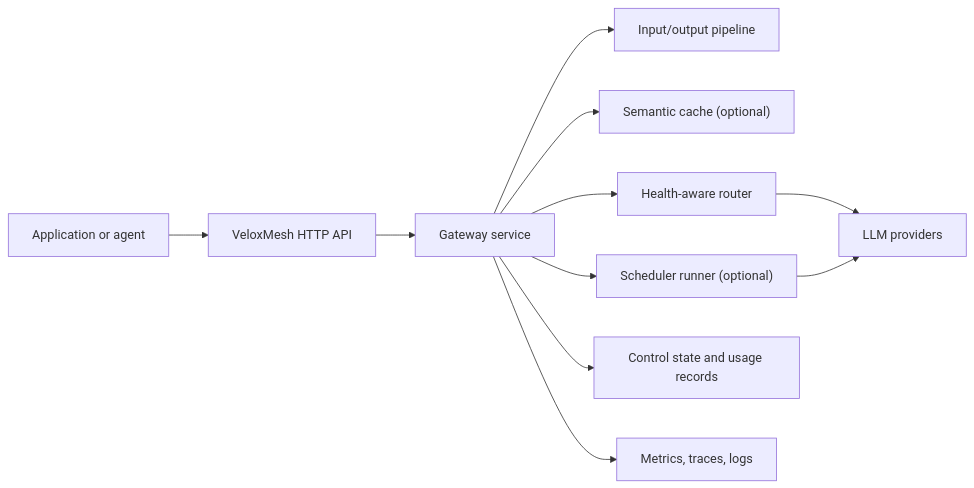
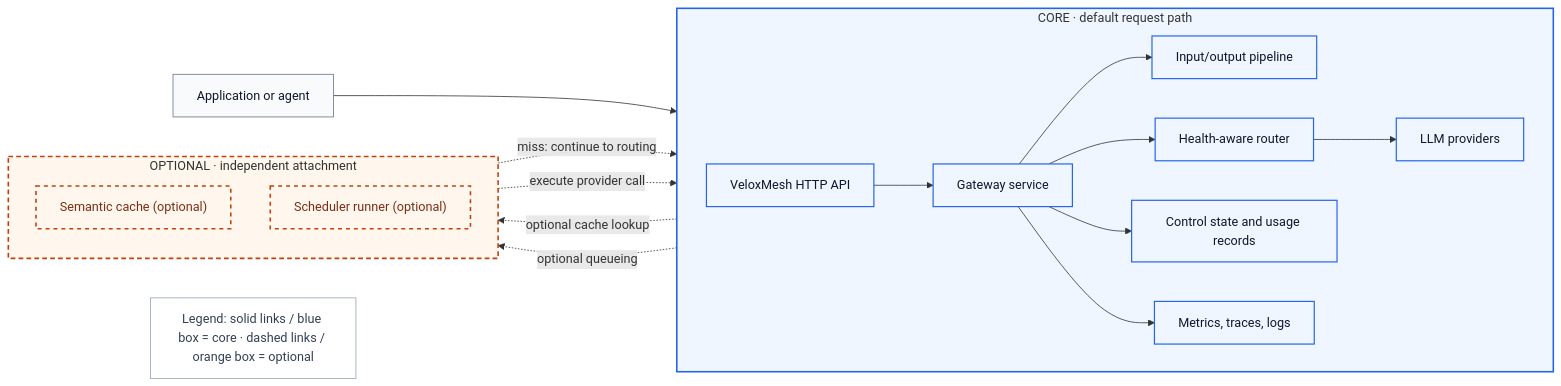
Before and after one commit to zardonc/VeloxMesh: the first of 4 diagrams in docs/llm-latency-optimization.md, drawn with Mermaid. The commit also changed other lines of this file, not shown here.

Commit message:
docs: optimize LLM latency optimization design and architecture overview

````diff
--- a/docs/llm-latency-optimization.md
+++ b/docs/llm-latency-optimization.md
@@ -12,13 +12,40 @@
 ```mermaid
 flowchart LR
-    App["Application or agent"] --> HTTP["VeloxMesh HTTP API"]
-    HTTP --> Gateway["Gateway service"]
-    Gateway --> Pipeline["Input/output pipeline"]
-    Gateway --> Cache["Semantic cache (optional)"]
-    Gateway --> Router["Health-aware router"]
-    Gateway --> Scheduler["Scheduler runner (optional)"]
-    Router --> Providers["LLM providers"]
-    Scheduler --> Providers
-    Gateway --> State["Control state and usage records"]
-    Gateway --> Metrics["Metrics, traces, logs"]
+    App["Application or agent"]
+
+    subgraph Core["CORE · default request path"]
+        direction LR
+        HTTP["VeloxMesh HTTP API"] --> Gateway["Gateway service"]
+        Gateway --> Pipeline["Input/output pipeline"]
+        Gateway --> Router["Health-aware router"]
+        Router --> Providers["LLM providers"]
+        Gateway --> State["Control state and usage records"]
+        Gateway --> Metrics["Metrics, traces, logs"]
+    end
+
+    App --> HTTP
+
+    subgraph Optional["OPTIONAL · independent attachment"]
+        direction TB
+        Cache["Semantic cache (optional)"]
+        Scheduler["Scheduler runner (optional)"]
+    end
+
+    Gateway -. "optional cache lookup" .-> Cache
+    Cache -. "miss: continue to routing" .-> Router
+    Router -. "optional queueing" .-> Scheduler
+    Scheduler -. "execute provider call" .-> Providers
+
+    Legend["Legend: solid links / blue box = core · dashed links / orange box = optional"]
+
+    classDef external fill:#f8fafc,stroke:#64748b,color:#0f172a;
+    classDef core fill:#eff6ff,stroke:#2563eb,stroke-width:1.5px,color:#0f172a;
+    classDef optional fill:#fff7ed,stroke:#c2410c,stroke-width:2px,stroke-dasharray:5 5,color:#7c2d12;
+    classDef legend fill:#ffffff,stroke:#94a3b8,color:#334155;
+    class App external;
+    class HTTP,Gateway,Pipeline,Router,Providers,State,Metrics core;
+    class Cache,Scheduler optional;
+    class Legend legend;
+    style Core fill:#eff6ff,stroke:#2563eb,stroke-width:2px;
+    style Optional fill:#fff7ed,stroke:#c2410c,stroke-width:2px,stroke-dasharray:6 4;
 ```
````
